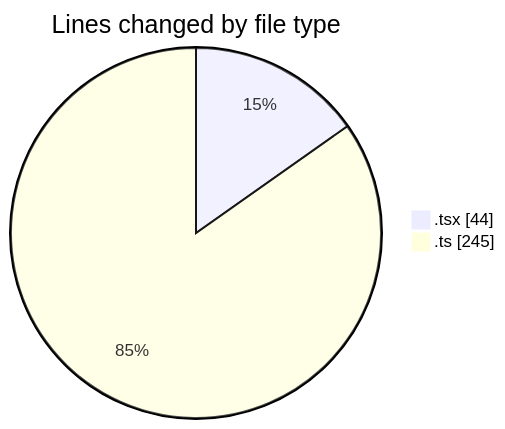
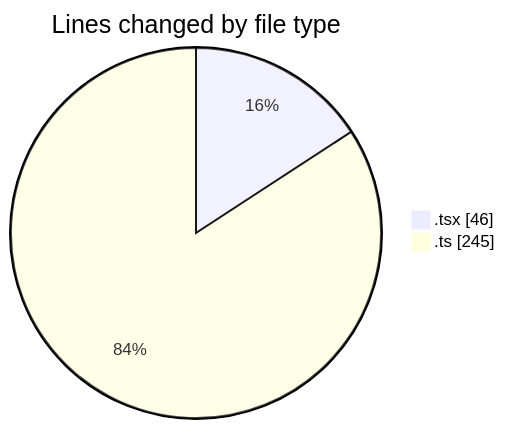
Before and after one commit to julien-gomy/code-tracking: the first of 2 diagrams in 2025-10-08/eventscop-frontend-guide__workspace_/README.md, drawn with Mermaid. The commit also changed other lines of this file and 1 other file, not shown here.

````diff
--- a/2025-10-08/eventscop-frontend-guide__workspace_/README.md
+++ b/2025-10-08/eventscop-frontend-guide__workspace_/README.md
@@ -22,6 +22,6 @@
 ```mermaid
 pie showData
 title Lines changed by file type
-".tsx" : 44
+".tsx" : 46
 ".ts" : 245
 ```
````
